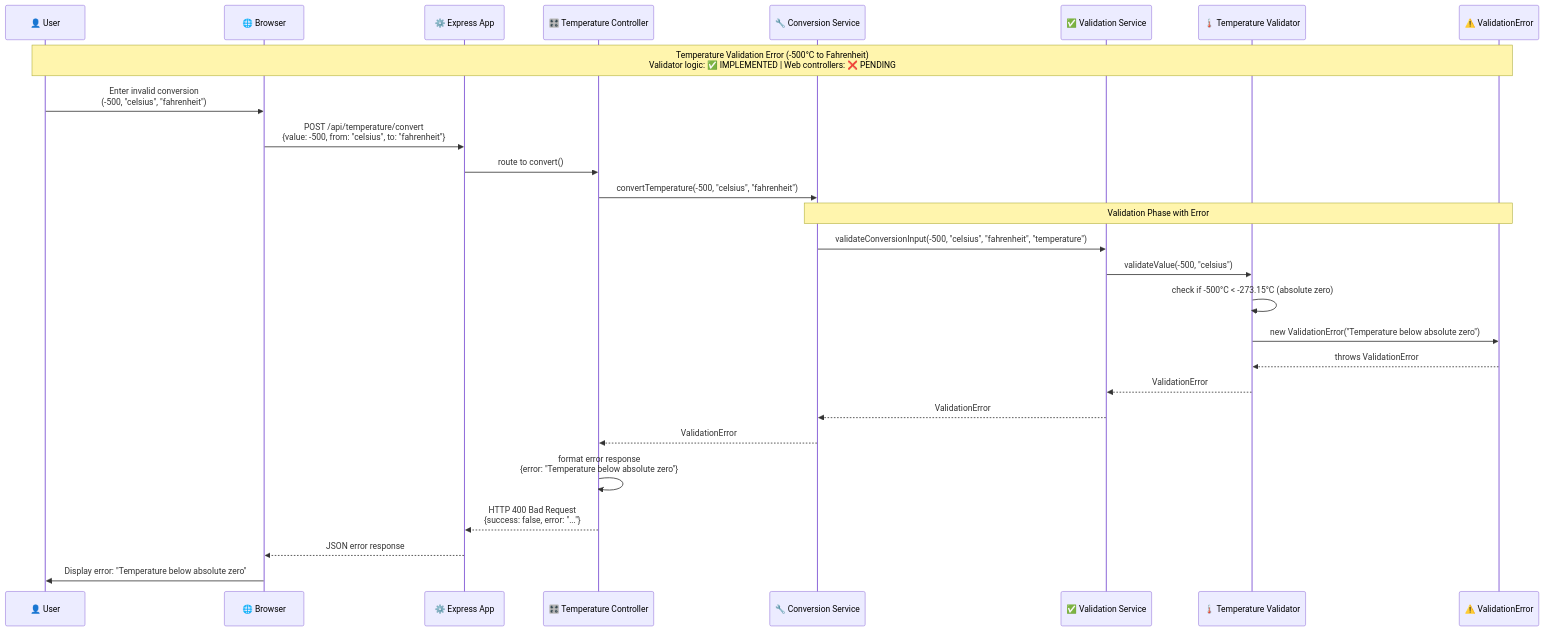
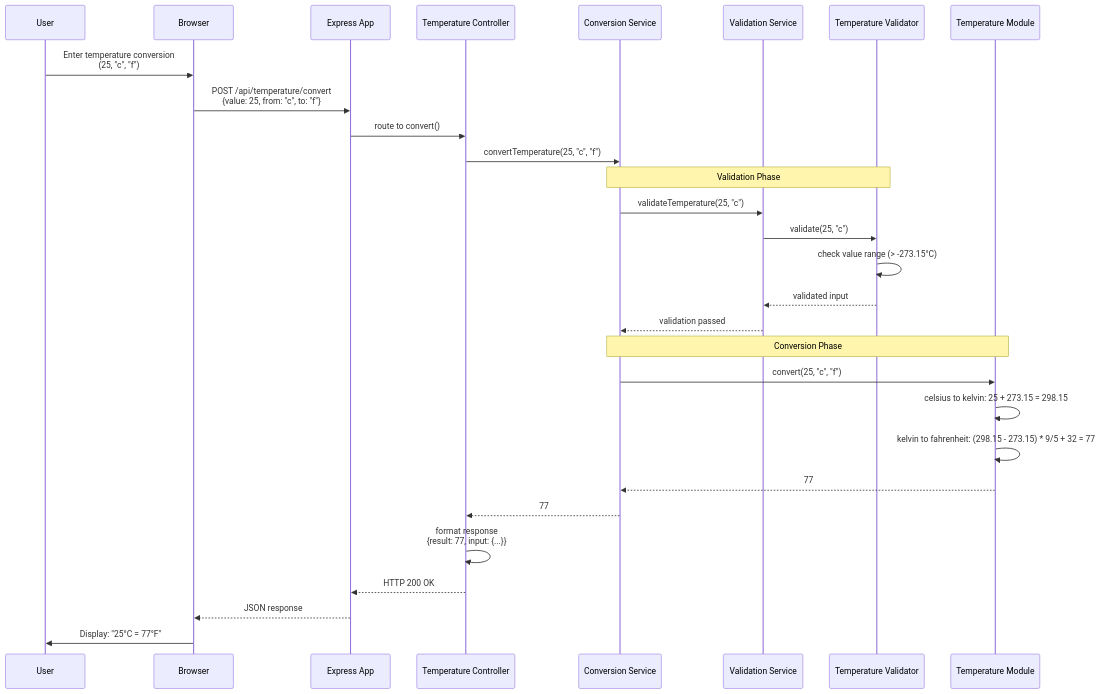
Before and after one commit to Shockp/Backend-Projects: the third of 5 diagrams in unit-converter/uml-diagrams/SequenceDiagram.md, drawn with Mermaid. The commit also changed other lines of this file and 5 other files, not shown here.

````diff
--- a/unit-converter/uml-diagrams/SequenceDiagram.md
+++ b/unit-converter/uml-diagrams/SequenceDiagram.md
@@ -65,34 +93,36 @@
 ```mermaid
 sequenceDiagram
-    participant User as 👤 User
-    participant Browser as 🌐 Browser
-    participant App as ⚙️ Express App
-    participant TC as 🎛️ Temperature Controller
-    participant CS as 🔧 Conversion Service
-    participant VS as ✅ Validation Service
-    participant TV as 🌡️ Temperature Validator
-    participant VE as ⚠️ ValidationError
+    participant User as User
+    participant Browser as Browser
+    participant App as Express App
+    participant TC as Temperature Controller
+    participant CS as Conversion Service
+    participant VS as Validation Service
+    participant TV as Temperature Validator
+    participant TM as Temperature Module
 
-    Note over User, VE: Temperature Validation Error (-500°C to Fahrenheit)<br/>Validator logic: ✅ IMPLEMENTED | Web controllers: ❌ PENDING
-
-    User->>Browser: Enter invalid conversion<br/>(-500, "celsius", "fahrenheit")
-    Browser->>App: POST /api/temperature/convert<br/>{value: -500, from: "celsius", to: "fahrenheit"}
+    User->>Browser: Enter temperature conversion<br/>(25, "c", "f")
+    Browser->>App: POST /api/temperature/convert<br/>{value: 25, from: "c", to: "f"}
     App->>TC: route to convert()
     
-    TC->>CS: convertTemperature(-500, "celsius", "fahrenheit")
+    TC->>CS: convertTemperature(25, "c", "f")
     
-    Note over CS, VE: Validation Phase with Error
-    CS->>VS: validateConversionInput(-500, "celsius", "fahrenheit", "temperature")
-    VS->>TV: validateValue(-500, "celsius")
-    TV->>TV: check if -500°C < -273.15°C (absolute zero)
-    TV->>VE: new ValidationError("Temperature below absolute zero")
-    VE-->>TV: throws ValidationError
-    TV-->>VS: ValidationError
-    VS-->>CS: ValidationError
-    CS-->>TC: ValidationError
+    Note over CS, TV: Validation Phase
+    CS->>VS: validateTemperature(25, "c")
+    VS->>TV: validate(25, "c")
+    TV->>TV: check value range (> -273.15°C)
+    TV-->>VS: validated input
+    VS-->>CS: validation passed
     
-    TC->>TC: format error response<br/>{error: "Temperature below absolute zero"}
-    TC-->>App: HTTP 400 Bad Request<br/>{success: false, error: "..."}
-    App-->>Browser: JSON error response
-    Browser->>User: Display error: "Temperature below absolute zero"
+    Note over CS, TM: Conversion Phase
+    CS->>TM: convert(25, "c", "f")
+    TM->>TM: celsius to kelvin: 25 + 273.15 = 298.15
+    TM->>TM: kelvin to fahrenheit: (298.15 - 273.15) * 9/5 + 32 = 77
+    TM-->>CS: 77
+    
+    CS-->>TC: 77
+    TC->>TC: format response<br/>{result: 77, input: {...}}
+    TC-->>App: HTTP 200 OK
+    App-->>Browser: JSON response
+    Browser->>User: Display: "25°C = 77°F"
 ```
````
